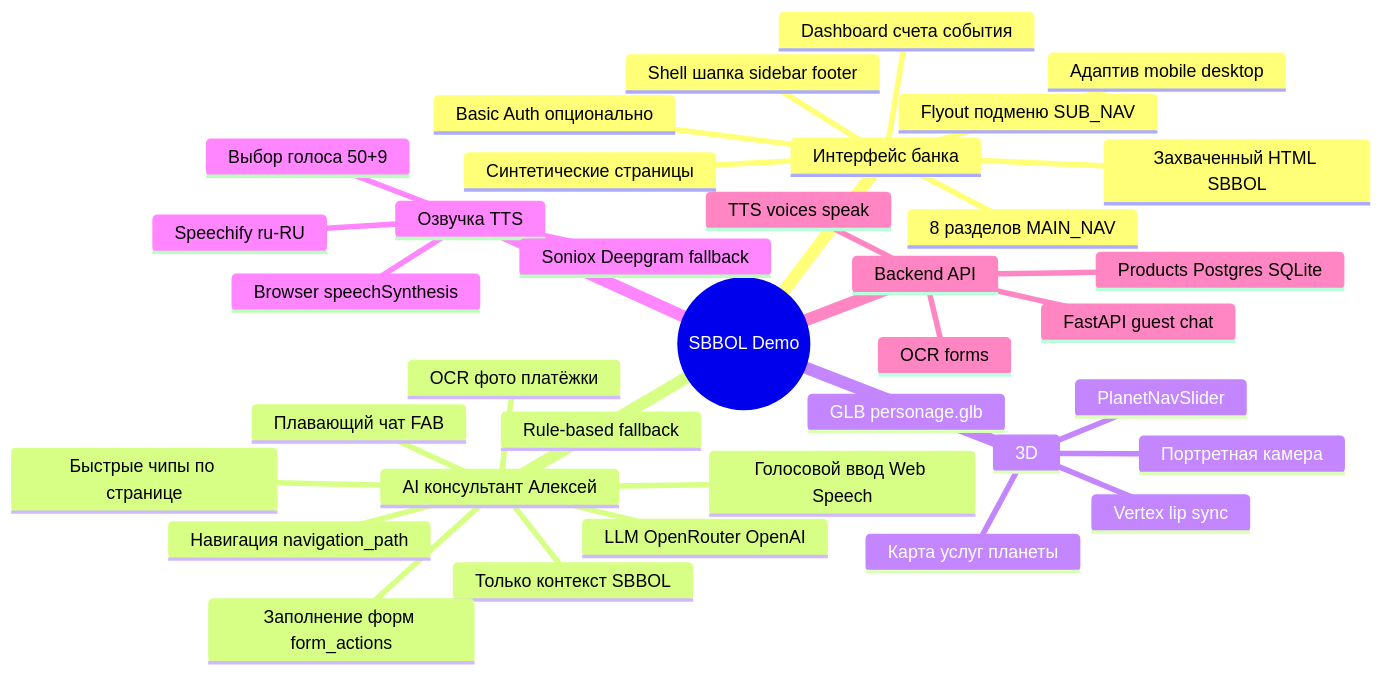
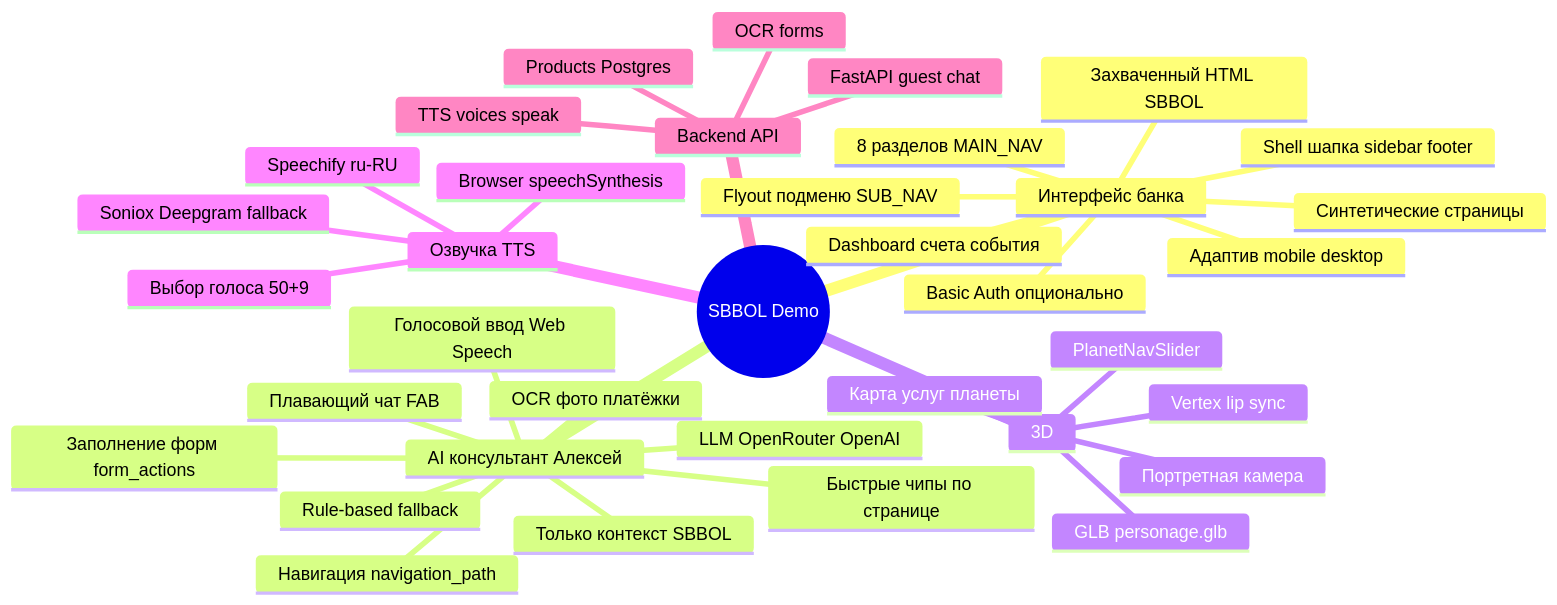
One commit to grrraaaa/mvp changed the first of 12 diagrams in docs/FEATURE_MAP.md. Above: the diagram before and after it, drawn with Mermaid. The commit also changed other lines of this file and 112 other files, not shown here.

````diff
--- a/docs/FEATURE_MAP.md
+++ b/docs/FEATURE_MAP.md
@@ -11,39 +11,39 @@
 ```mermaid
 mindmap
   root((SBBOL Demo))
     Интерфейс банка
       Shell шапка sidebar footer
       8 разделов MAIN_NAV
       Flyout подменю SUB_NAV
       Dashboard счета события
       Захваченный HTML SBBOL
       Синтетические страницы
       Адаптив mobile desktop
       Basic Auth опционально
     AI консультант Алексей
       Плавающий чат FAB
       LLM OpenRouter OpenAI
       Rule-based fallback
       Только контекст SBBOL
       Навигация navigation_path
       Заполнение форм form_actions
       Быстрые чипы по странице
       Голосовой ввод Web Speech
       OCR фото платёжки
     3D
       Карта услуг планеты
       PlanetNavSlider
       GLB personage.glb
       Vertex lip sync
       Портретная камера
     Озвучка TTS
       Speechify ru-RU
       Выбор голоса 50+9
       Soniox Deepgram fallback
       Browser speechSynthesis
     Backend API
       FastAPI guest chat
       TTS voices speak
       OCR forms
-      Products Postgres SQLite
+      Products Postgres
 ```
````
